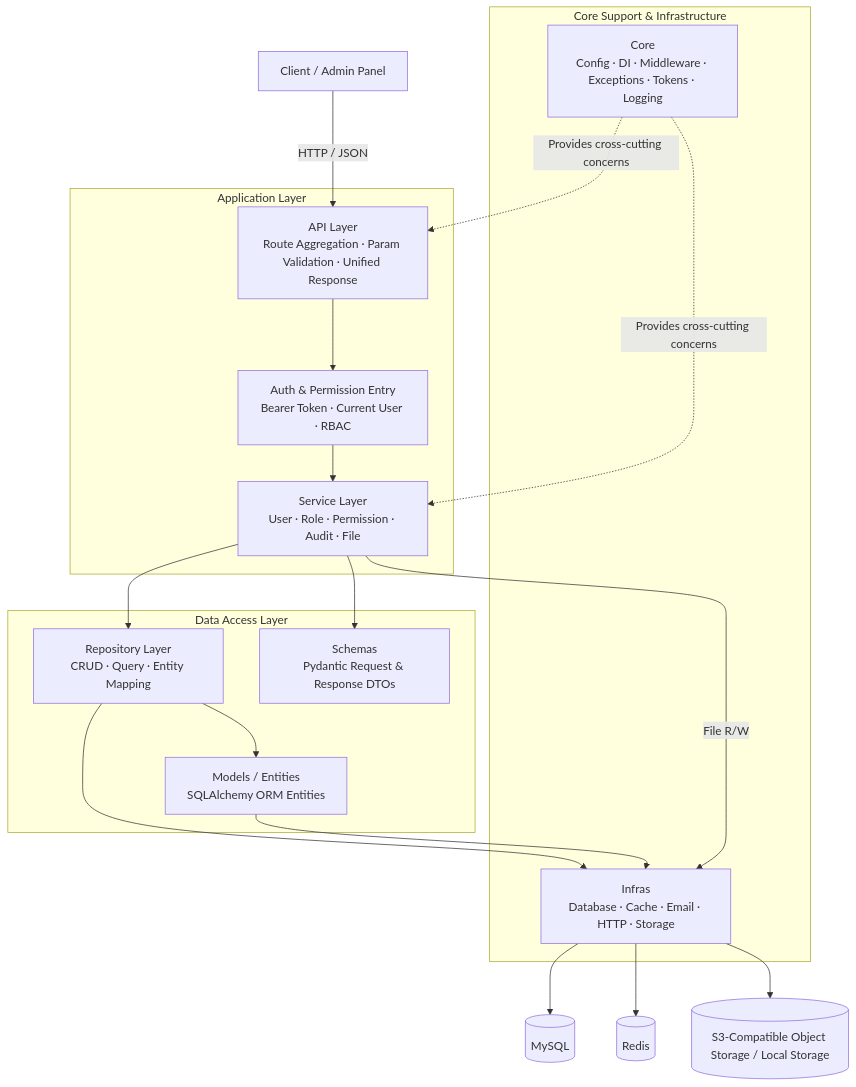
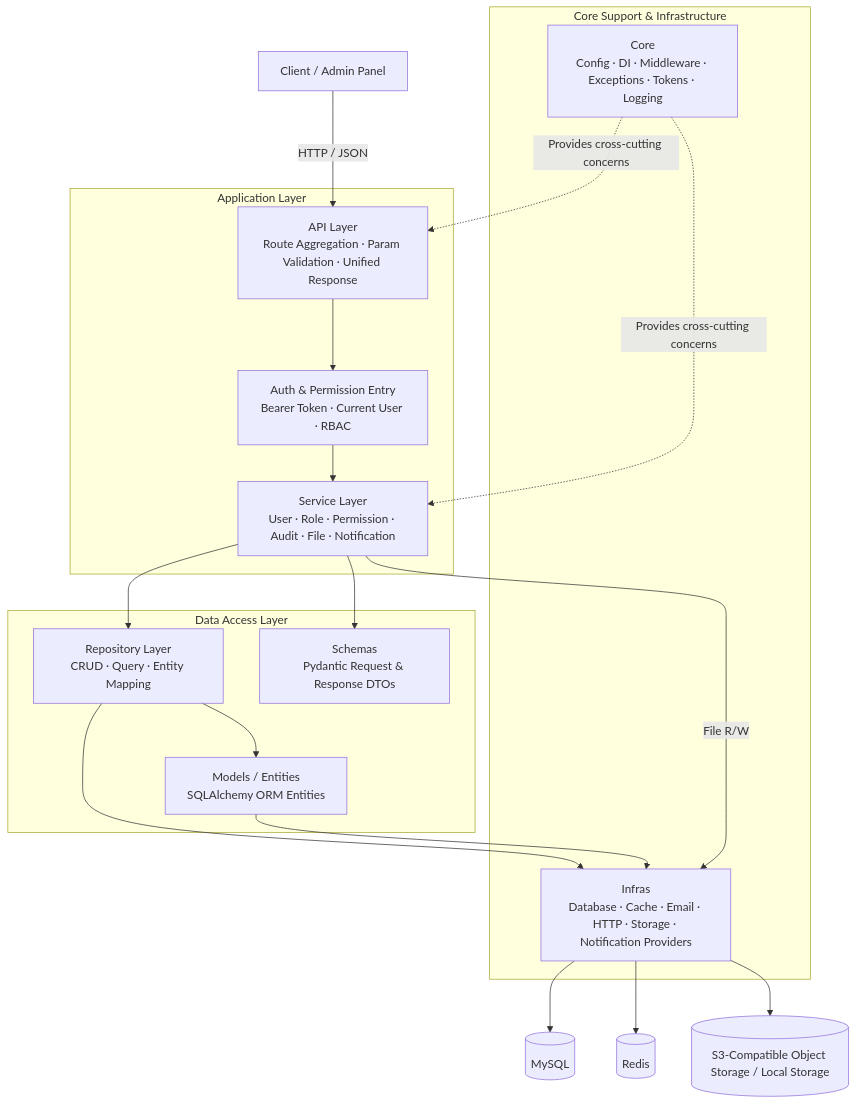
Before and after one commit to cross-lang/x-HanJiang: the first of 3 diagrams in README.en.md, drawn with Mermaid. The commit also changed other lines of this file and 6 other files, not shown here.

````diff
--- a/README.en.md
+++ b/README.en.md
@@ -236,29 +244,29 @@
 ```mermaid
 flowchart TB
   Client[Client / Admin Panel] -->|HTTP / JSON| API[API Layer<br/>Route Aggregation · Param Validation · Unified Response]
 
   subgraph Application[Application Layer]
     API --> Auth[Auth & Permission Entry<br/>Bearer Token · Current User · RBAC]
-    Auth --> Service[Service Layer<br/>User · Role · Permission · Audit · File]
+    Auth --> Service[Service Layer<br/>User · Role · Permission · Audit · File · Notification]
   end
 
   subgraph Data[Data Access Layer]
     Service --> Repository[Repository Layer<br/>CRUD · Query · Entity Mapping]
     Repository --> Entity[Models / Entities<br/>SQLAlchemy ORM Entities]
     Service --> Schema[Schemas<br/>Pydantic Request & Response DTOs]
   end
 
   subgraph Support[Core Support & Infrastructure]
     Core[Core<br/>Config · DI · Middleware · Exceptions · Tokens · Logging]
-    Infra[Infras<br/>Database · Cache · Email · HTTP · Storage]
+    Infra[Infras<br/>Database · Cache · Email · HTTP · Storage · Notification Providers]
   end
 
   Core -.Provides cross-cutting concerns.-> API
   Core -.Provides cross-cutting concerns.-> Service
   Repository --> Infra
   Entity --> Infra
   Service -->|File R/W| Infra
   Infra --> DB[(MySQL)]
   Infra --> Redis[(Redis)]
   Infra --> OSS[(S3-Compatible Object Storage / Local Storage)]
 ```
````
